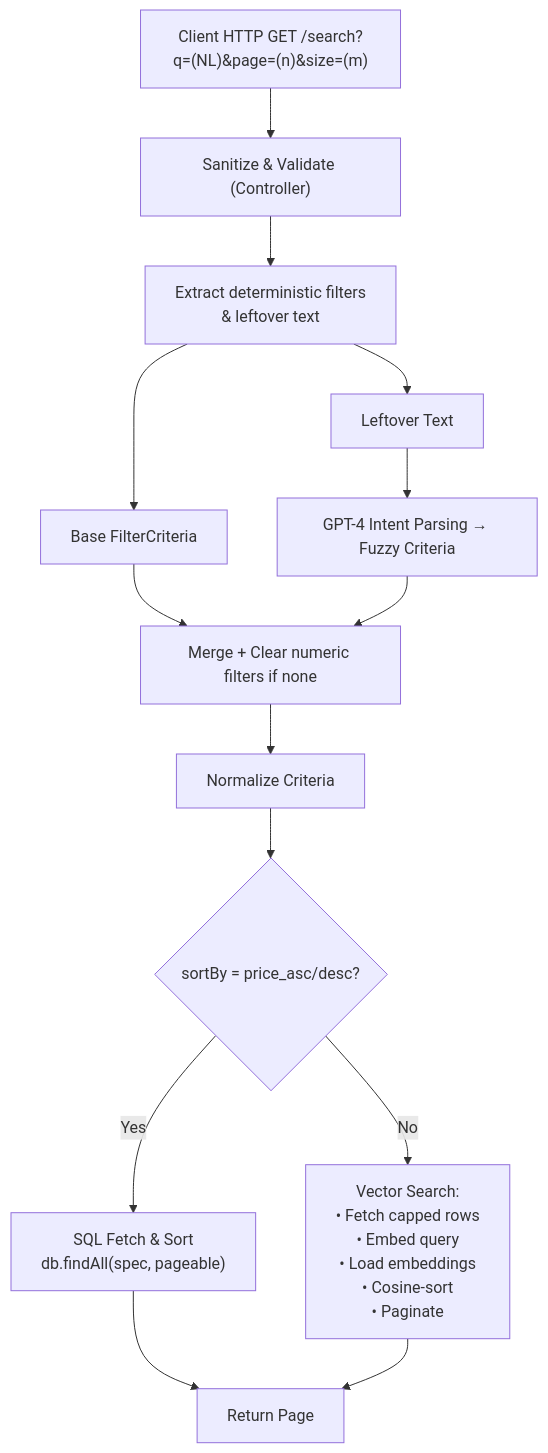
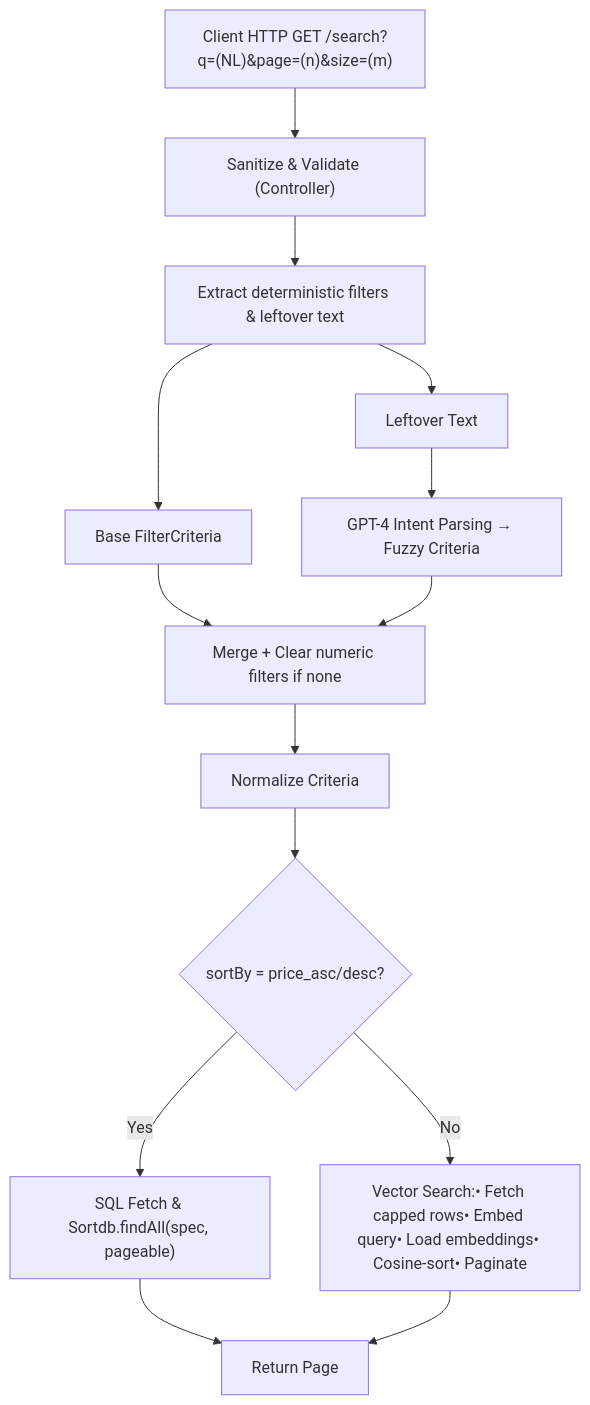
Before and after one commit to nimbly-dev/ph-shoes-data-spa: the diagram in README.md, drawn with Mermaid.

Commit message:
Updated AI Search documentation

````diff
--- a/README.md
+++ b/README.md
@@ -139,15 +139,15 @@
 ```mermaid
 flowchart TD
     A["Client HTTP GET /search?q=(NL)&page=(n)&size=(m)"]
         --> B["Sanitize & Validate (Controller)"]
-    B --> C["Extract deterministic filters\n& leftover text"]
+    B --> C["Extract deterministic filters & leftover text"]
     C --> D["Base FilterCriteria"]
     C --> E["Leftover Text"]
     E --> F["GPT-4 Intent Parsing → Fuzzy Criteria"]
     D & F --> G["Merge + Clear numeric filters if none"]
     G --> H["Normalize Criteria"]
     H --> I{"sortBy = price_asc/desc?"}
-    I -- Yes --> J["SQL Fetch & Sort\ndb.findAll(spec, pageable)"]
-    I -- No  --> K["Vector Search:\n• Fetch capped rows\n• Embed query\n• Load embeddings\n• Cosine-sort\n• Paginate"]
+    I -- Yes --> J["SQL Fetch & Sortdb.findAll(spec, pageable)"]
+    I -- No  --> K["Vector Search:• Fetch capped rows• Embed query• Load embeddings• Cosine-sort• Paginate"]
     J & K --> L["Return Page<FactProductShoes>"]
 ```
````
